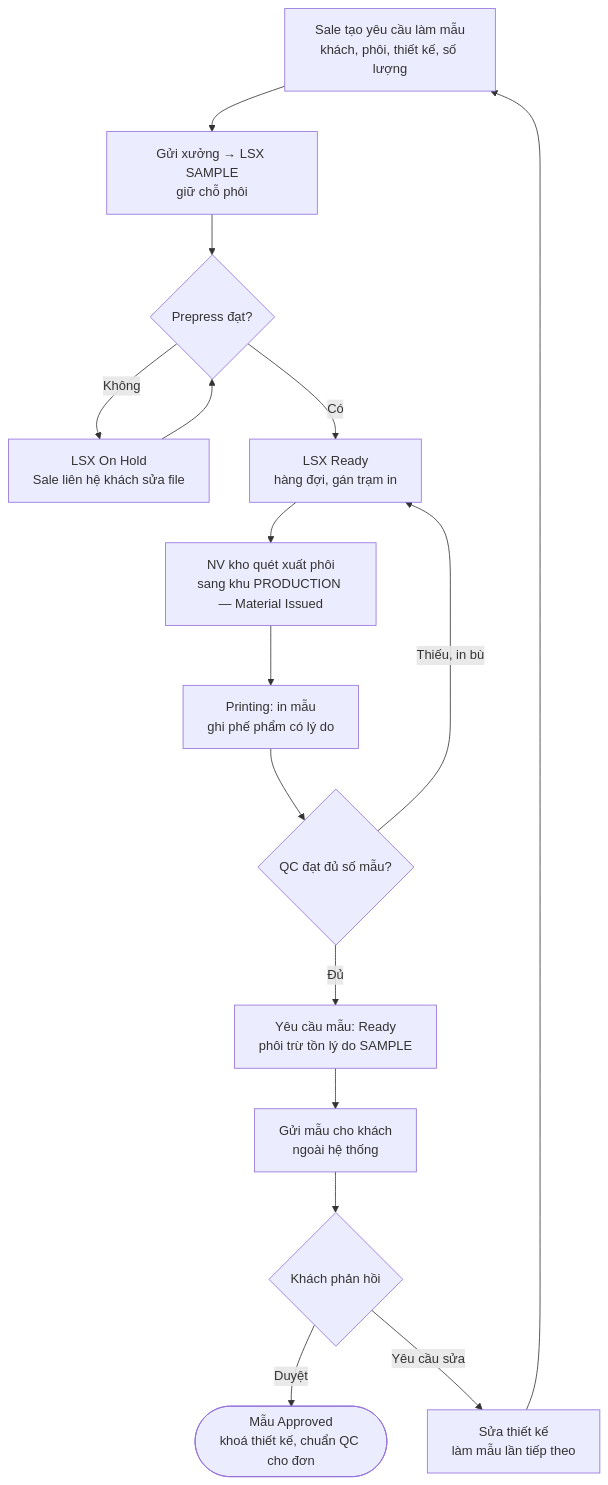
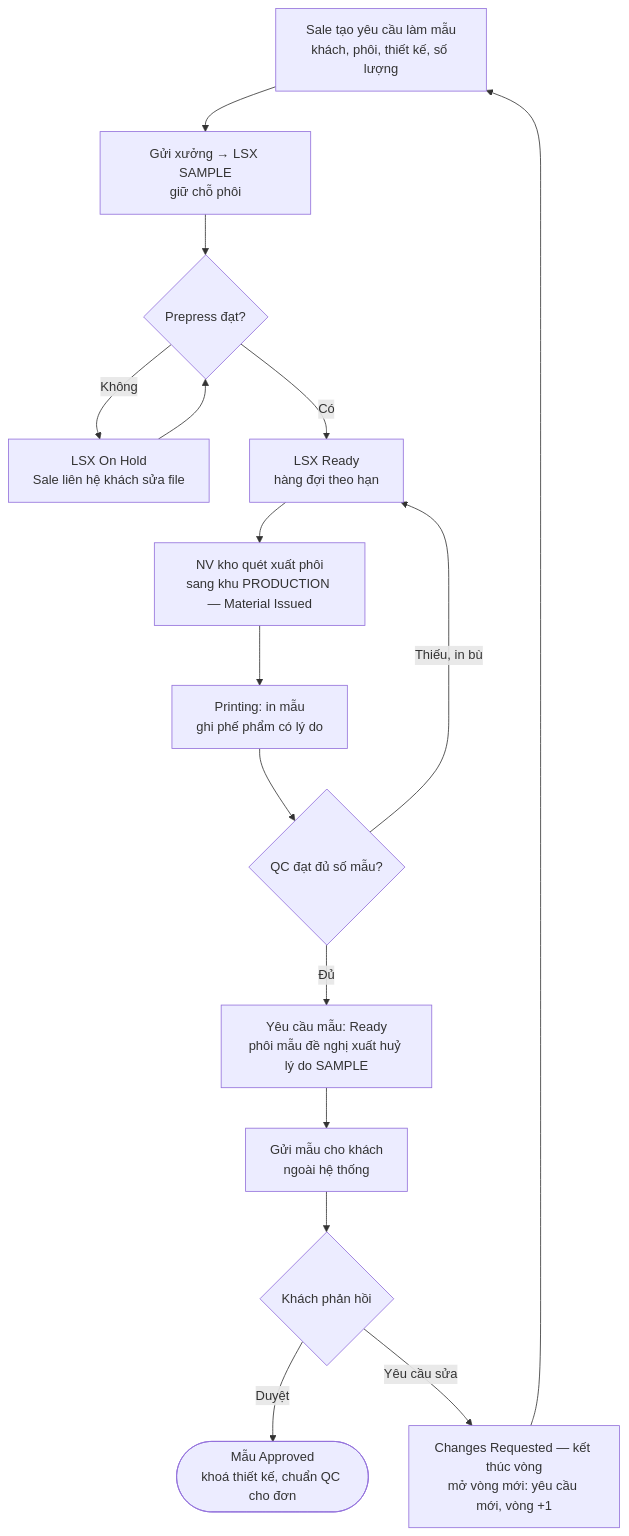
Diagram 11 of 12 in docs/diagrams/README.md (KLTN-FA26/docs), drawn with Mermaid before and after one commit. The commit also changed other lines of this file and 8 other files, not shown here.

````diff
--- a/docs/diagrams/README.md
+++ b/docs/diagrams/README.md
@@ -474,18 +480,18 @@
 ```mermaid
 flowchart TD
     REQ[Sale tạo yêu cầu làm mẫu\nkhách, phôi, thiết kế, số lượng] --> SUB[Gửi xưởng → LSX SAMPLE\ngiữ chỗ phôi]
     SUB --> PRE{Prepress đạt?}
     PRE -- Không --> HOLD[LSX On Hold\nSale liên hệ khách sửa file]
     HOLD --> PRE
-    PRE -- Có --> RDY[LSX Ready\nhàng đợi, gán trạm in]
+    PRE -- Có --> RDY[LSX Ready\nhàng đợi theo hạn]
     RDY --> ISSUE[NV kho quét xuất phôi\nsang khu PRODUCTION — Material Issued]
     ISSUE --> PRINT[Printing: in mẫu\nghi phế phẩm có lý do]
     PRINT --> QC{QC đạt đủ số mẫu?}
     QC -- Thiếu, in bù --> RDY
-    QC -- Đủ --> READY[Yêu cầu mẫu: Ready\nphôi trừ tồn lý do SAMPLE]
+    QC -- Đủ --> READY[Yêu cầu mẫu: Ready\nphôi mẫu đề nghị xuất huỷ lý do SAMPLE]
     READY --> SENT[Gửi mẫu cho khách\nngoài hệ thống]
     SENT --> FB{Khách phản hồi}
     FB -- Duyệt --> APPROVED([Mẫu Approved\nkhoá thiết kế, chuẩn QC cho đơn])
-    FB -- Yêu cầu sửa --> REV[Sửa thiết kế\nlàm mẫu lần tiếp theo]
+    FB -- Yêu cầu sửa --> REV[Changes Requested — kết thúc vòng\nmở vòng mới: yêu cầu mới, vòng +1]
     REV --> REQ
 ```
````
